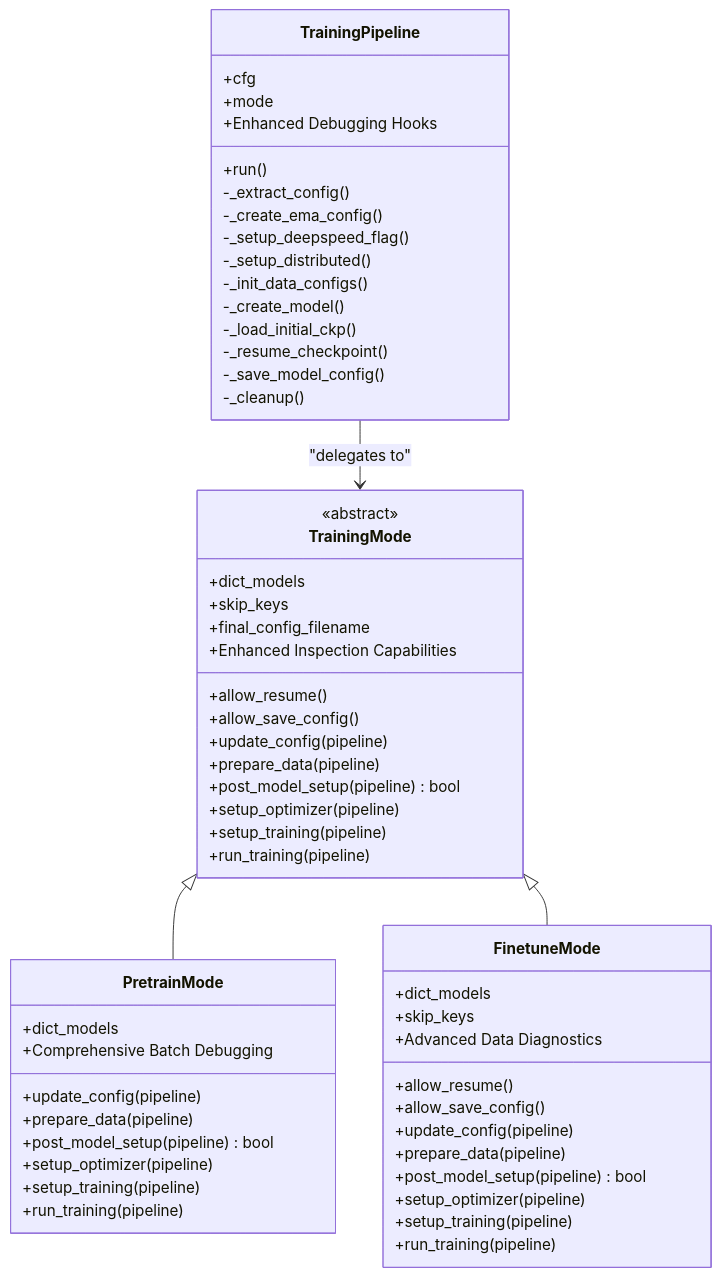
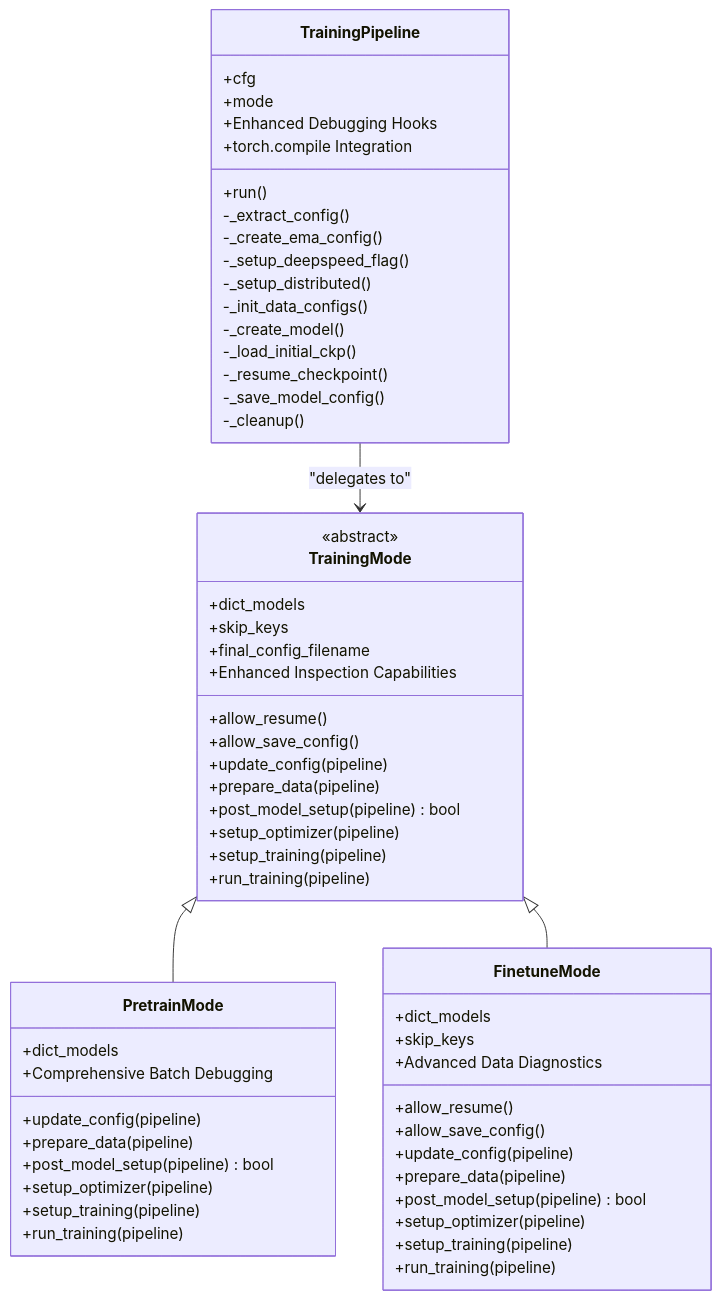
One commit to alibaba/graph-gpt changed the third of 7 diagrams in .qoder/repowiki/en/content/Training Pipeline/Training Pipeline.md. Above: the diagram before and after it, drawn with Mermaid. The commit also changed other lines of this file and 2 other files, not shown here.

````diff
--- a/.qoder/repowiki/en/content/Training Pipeline/Training Pipeline.md
+++ b/.qoder/repowiki/en/content/Training Pipeline/Training Pipeline.md
@@ -208,60 +219,61 @@
 ```mermaid
 classDiagram
 class TrainingPipeline {
 +cfg
 +mode
 +run()
 -_extract_config()
 -_create_ema_config()
 -_setup_deepspeed_flag()
 -_setup_distributed()
 -_init_data_configs()
 -_create_model()
 -_load_initial_ckp()
 -_resume_checkpoint()
 -_save_model_config()
 -_cleanup()
 +Enhanced Debugging Hooks
++torch.compile Integration
 }
 class TrainingMode {
 <<abstract>>
 +dict_models
 +skip_keys
 +allow_resume()
 +allow_save_config()
 +final_config_filename
 +update_config(pipeline)
 +prepare_data(pipeline)
 +post_model_setup(pipeline) bool
 +setup_optimizer(pipeline)
 +setup_training(pipeline)
 +run_training(pipeline)
 +Enhanced Inspection Capabilities
 }
 class PretrainMode {
 +dict_models
 +update_config(pipeline)
 +prepare_data(pipeline)
 +post_model_setup(pipeline) bool
 +setup_optimizer(pipeline)
 +setup_training(pipeline)
 +run_training(pipeline)
 +Comprehensive Batch Debugging
 }
 class FinetuneMode {
 +dict_models
 +skip_keys
 +allow_resume()
 +allow_save_config()
 +update_config(pipeline)
 +prepare_data(pipeline)
 +post_model_setup(pipeline) bool
 +setup_optimizer(pipeline)
 +setup_training(pipeline)
 +run_training(pipeline)
 +Advanced Data Diagnostics
 }
 TrainingPipeline --> TrainingMode : "delegates to"
 TrainingMode <|-- PretrainMode
 TrainingMode <|-- FinetuneMode
 ```
````
